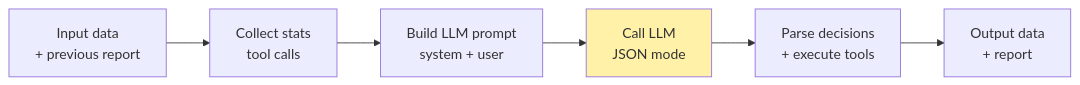
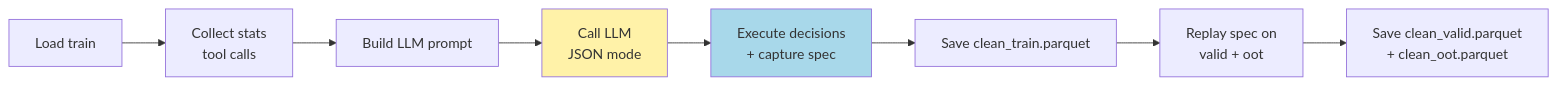
One commit to baongoc83/Multi-Agent-Auto-ML_NB changed the fifth of 25 diagrams in docs/architecture.md. Above: the diagram before and after it, drawn with Mermaid. The commit also changed other lines of this file and 1 other file, not shown here.

First line of the commit message:
docs: rewrite README + architecture.md for fit-on-train + transform refactor

````diff
--- a/docs/architecture.md
+++ b/docs/architecture.md
@@ -98,10 +139,13 @@
 ```mermaid
 flowchart LR
-    In[Input data<br/>+ previous report] --> Collect[Collect stats<br/>tool calls]
-    Collect --> Build[Build LLM prompt<br/>system + user]
+    Load[Load train] --> Stats[Collect stats<br/>tool calls]
+    Stats --> Build[Build LLM prompt]
     Build --> LLM[Call LLM<br/>JSON mode]
-    LLM --> Parse[Parse decisions<br/>+ execute tools]
-    Parse --> Out[Output data<br/>+ report]
+    LLM --> Exec[Execute decisions<br/>+ capture spec]
+    Exec --> Train[Save clean_train.parquet]
+    Train --> Replay[Replay spec on<br/>valid + oot]
+    Replay --> Out[Save clean_valid.parquet<br/>+ clean_oot.parquet]
 
     style LLM fill:#fff2a8
+    style Exec fill:#a8d8ea
 ```
````
